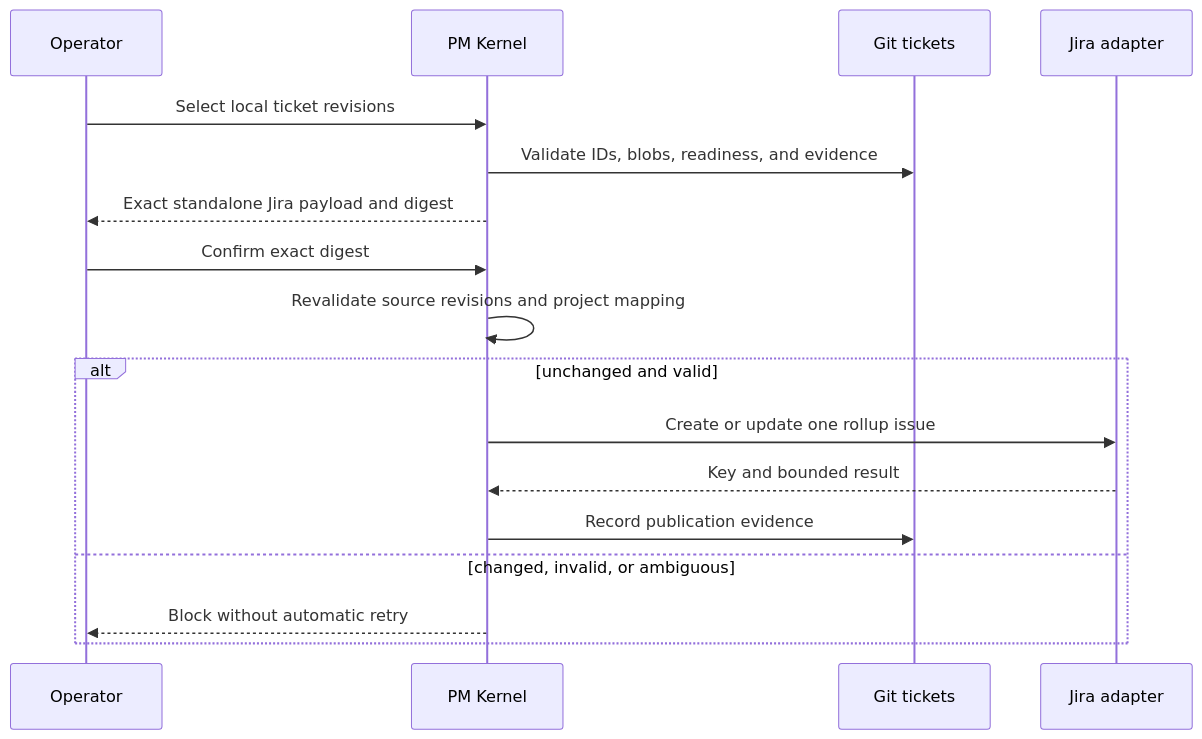
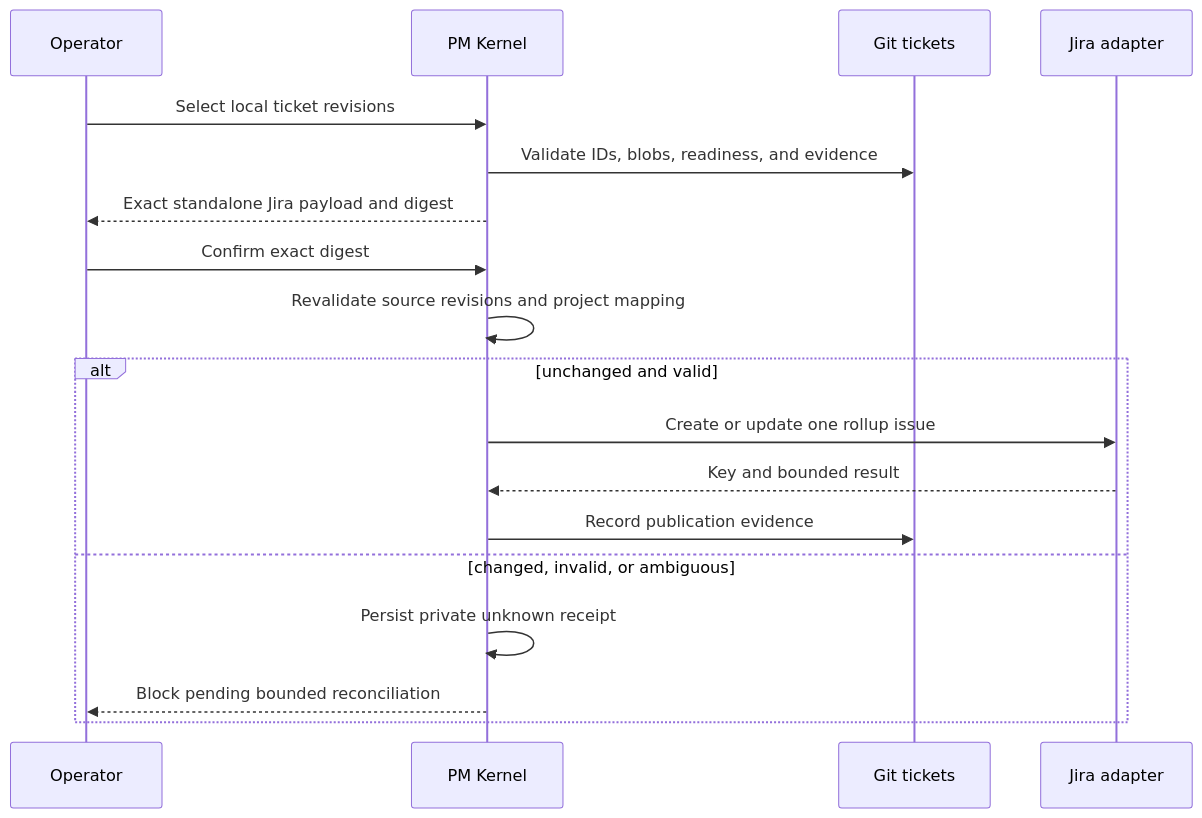
Before and after one commit to Saltiola7/dotfiles-ai: the third of 4 diagrams in docs/specs/pm_kernel/README.md, drawn with Mermaid. The commit also changed other lines of this file and 3 other files, not shown here.

````diff
--- a/docs/specs/pm_kernel/README.md
+++ b/docs/specs/pm_kernel/README.md
@@ -398,21 +424,22 @@
 ```mermaid
 sequenceDiagram
     accTitle: Approval-gated Jira rollup publication
     accDescr: The operator selects exact local revisions, Jira refinement creates a complete standalone rollup, pmctl validates the project mapping and emits a payload digest, and only an exact matching confirmation permits one adapter write and local evidence recording.
     participant O as Operator
     participant P as PM Kernel
     participant G as Git tickets
     participant J as Jira adapter
     O->>P: Select local ticket revisions
     P->>G: Validate IDs, blobs, readiness, and evidence
     P-->>O: Exact standalone Jira payload and digest
     O->>P: Confirm exact digest
     P->>P: Revalidate source revisions and project mapping
     alt unchanged and valid
         P->>J: Create or update one rollup issue
         J-->>P: Key and bounded result
         P->>G: Record publication evidence
     else changed, invalid, or ambiguous
-        P-->>O: Block without automatic retry
+        P->>P: Persist private unknown receipt
+        P-->>O: Block pending bounded reconciliation
     end
 ```
````
